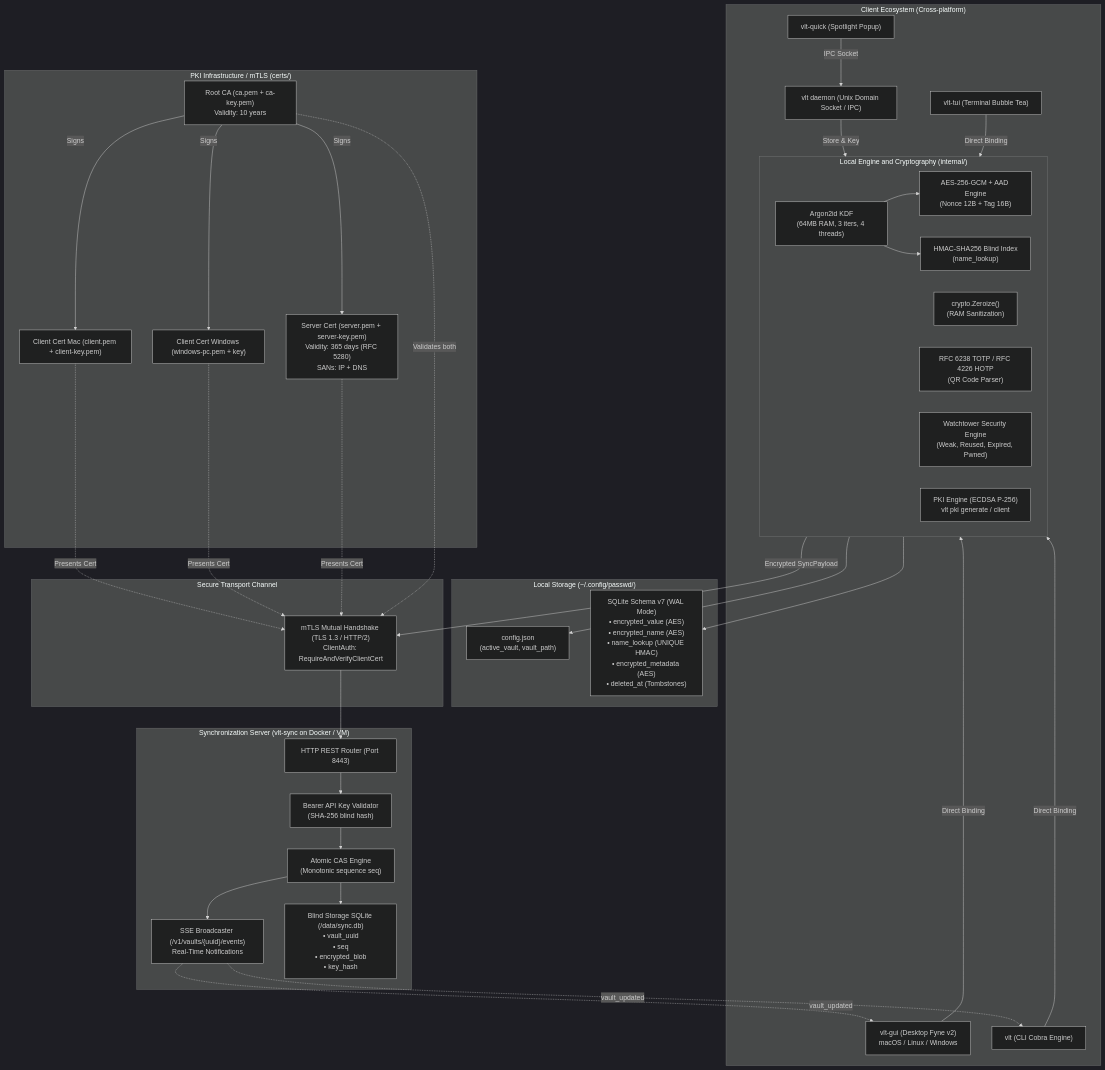
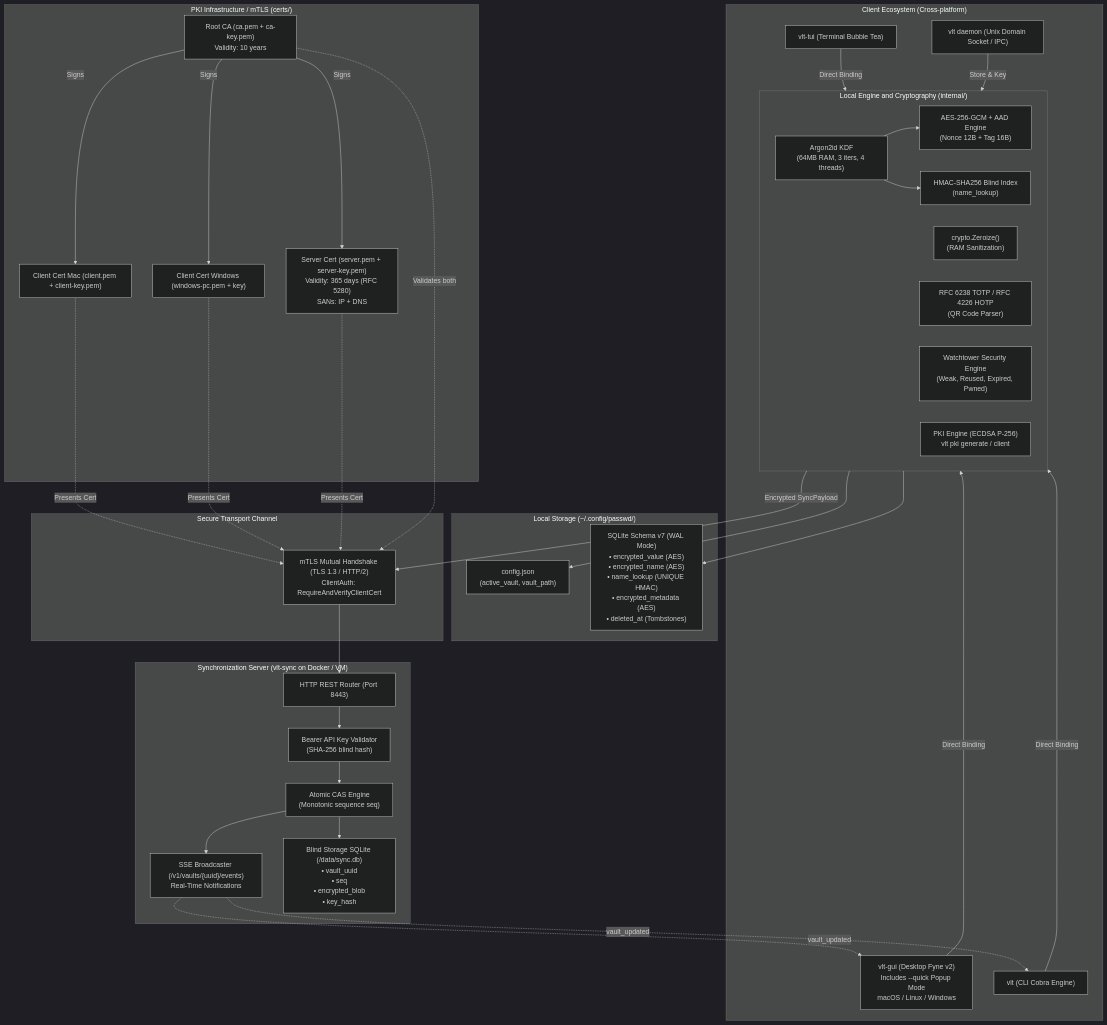
Before and after one commit to raynosc/vlt: the first of 3 diagrams in docs/ARCHITECTURE-MERMAID.md, drawn with Mermaid (dark theme). The commit also changed 30 other files, not shown here.

Commit message:
feat(quick): retire vlt-quick binary in favor of vlt-gui --quick and bump to v1.0.3

````diff
--- a/docs/ARCHITECTURE-MERMAID.md
+++ b/docs/ARCHITECTURE-MERMAID.md
@@ -11,75 +11,73 @@
 ```mermaid
 graph TB
     subgraph CLIENTES ["Client Ecosystem (Cross-platform)"]
-        GUI["vlt-gui (Desktop Fyne v2)<br/>macOS / Linux / Windows"]
+        GUI["vlt-gui (Desktop Fyne v2)<br/>Includes --quick Popup Mode<br/>macOS / Linux / Windows"]
         TUI["vlt-tui (Terminal Bubble Tea)"]
         CLI["vlt (CLI Cobra Engine)"]
-        QUICK["vlt-quick (Spotlight Popup)"]
         DAEMON["vlt daemon (Unix Domain Socket / IPC)"]
         
-        QUICK -->|IPC Socket| DAEMON
-        DAEMON -->|Store & Key| CORE
         GUI -->|Direct Binding| CORE
         TUI -->|Direct Binding| CORE
         CLI -->|Direct Binding| CORE
+        DAEMON -->|Store & Key| CORE
     end
 
     subgraph CORE ["Local Engine and Cryptography (internal/)"]
         KDF["Argon2id KDF<br/>(64MB RAM, 3 iters, 4 threads)"]
         AES["AES-256-GCM + AAD Engine<br/>(Nonce 12B + Tag 16B)"]
         BLIND["HMAC-SHA256 Blind Index<br/>(name_lookup)"]
         ZERO["crypto.Zeroize()<br/>(RAM Sanitization)"]
         OTP["RFC 6238 TOTP / RFC 4226 HOTP<br/>(QR Code Parser)"]
         WATCH["Watchtower Security Engine<br/>(Weak, Reused, Expired, Pwned)"]
         PKI_GEN["PKI Engine (ECDSA P-256)<br/>vlt pki generate / client"]
         
         KDF --> AES
         KDF --> BLIND
     end
 
     subgraph LOCAL_STORE ["Local Storage (~/.config/passwd/)"]
         CONFIG_JSON["config.json<br/>(active_vault, vault_path)"]
         SQLITE["SQLite Schema v7 (WAL Mode)<br/>• encrypted_value (AES)<br/>• encrypted_name (AES)<br/>• name_lookup (UNIQUE HMAC)<br/>• encrypted_metadata (AES)<br/>• deleted_at (Tombstones)"]
         
         CORE --> SQLITE
         CORE --> CONFIG_JSON
     end
 
     subgraph PKI_CERTS ["PKI Infrastructure / mTLS (certs/)"]
         CA["Root CA (ca.pem + ca-key.pem)<br/>Validity: 10 years"]
         SRV_CERT["Server Cert (server.pem + server-key.pem)<br/>Validity: 365 days (RFC 5280)<br/>SANs: IP + DNS"]
         CLI_CERT1["Client Cert Mac (client.pem + client-key.pem)"]
         CLI_CERT2["Client Cert Windows (windows-pc.pem + key)"]
         
         CA -->|Signs| SRV_CERT
         CA -->|Signs| CLI_CERT1
         CA -->|Signs| CLI_CERT2
     end
 
     subgraph SYNC_TRANSPORT ["Secure Transport Channel"]
         TLS_PIPE["mTLS Mutual Handshake (TLS 1.3 / HTTP/2)<br/>ClientAuth: RequireAndVerifyClientCert"]
     end
 
     subgraph SYNC_SERVER ["Synchronization Server (vlt-sync on Docker / VM)"]
         ROUTER["HTTP REST Router (Port 8443)"]
         AUTH["Bearer API Key Validator<br/>(SHA-256 blind hash)"]
         CAS["Atomic CAS Engine<br/>(Monotonic sequence seq)"]
         SSE["SSE Broadcaster (/v1/vaults/{uuid}/events)<br/>Real-Time Notifications"]
         SERVER_DB["Blind Storage SQLite (/data/sync.db)<br/>• vault_uuid<br/>• seq<br/>• encrypted_blob<br/>• key_hash"]
         
         ROUTER --> AUTH
         AUTH --> CAS
         CAS --> SERVER_DB
         CAS --> SSE
     end
 
     CLI_CERT1 -.->|Presents Cert| TLS_PIPE
     CLI_CERT2 -.->|Presents Cert| TLS_PIPE
     SRV_CERT -.->|Presents Cert| TLS_PIPE
     CA -.->|Validates both| TLS_PIPE
 
     CORE -->|Encrypted SyncPayload| TLS_PIPE
     TLS_PIPE --> ROUTER
     SSE -.->|vault_updated| GUI
     SSE -.->|vault_updated| CLI
 ```
````
